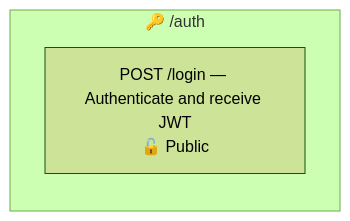
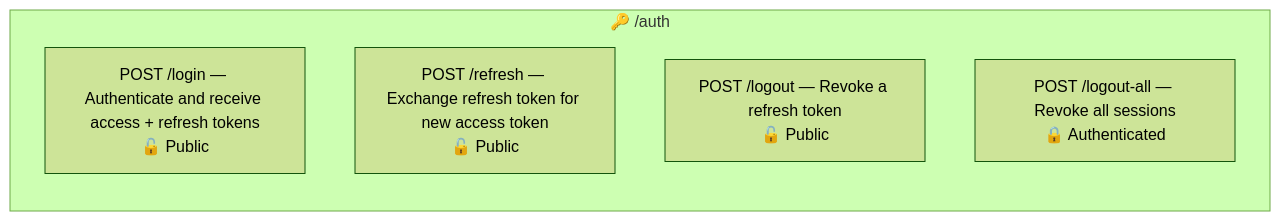
Before and after one commit to Plataforma-Universidade-Gratuita/pug-service: the second of 7 diagrams in src/main/java/br/org/catolicasc/pug/identity/README.md, drawn with Mermaid (forest theme). The commit also changed other lines of this file and 34 other files, not shown here.

Commit message:
PUG-154: Add logout option and refactor token implementation;

````diff
--- a/src/main/java/br/org/catolicasc/pug/identity/README.md
+++ b/src/main/java/br/org/catolicasc/pug/identity/README.md
@@ -95,7 +96,10 @@
 ```mermaid
 graph LR
     subgraph Auth["🔑 /auth"]
         direction TB
-        POST_LOGIN["POST /login — Authenticate and receive JWT<br/>🔓 Public"]
+        POST_LOGIN["POST /login — Authenticate and receive access + refresh tokens<br/>🔓 Public"]
+        POST_REFRESH["POST /refresh — Exchange refresh token for new access token<br/>🔓 Public"]
+        POST_LOGOUT["POST /logout — Revoke a refresh token<br/>🔓 Public"]
+        POST_LOGOUT_ALL["POST /logout-all — Revoke all sessions<br/>🔒 Authenticated"]
     end
 ```
````
